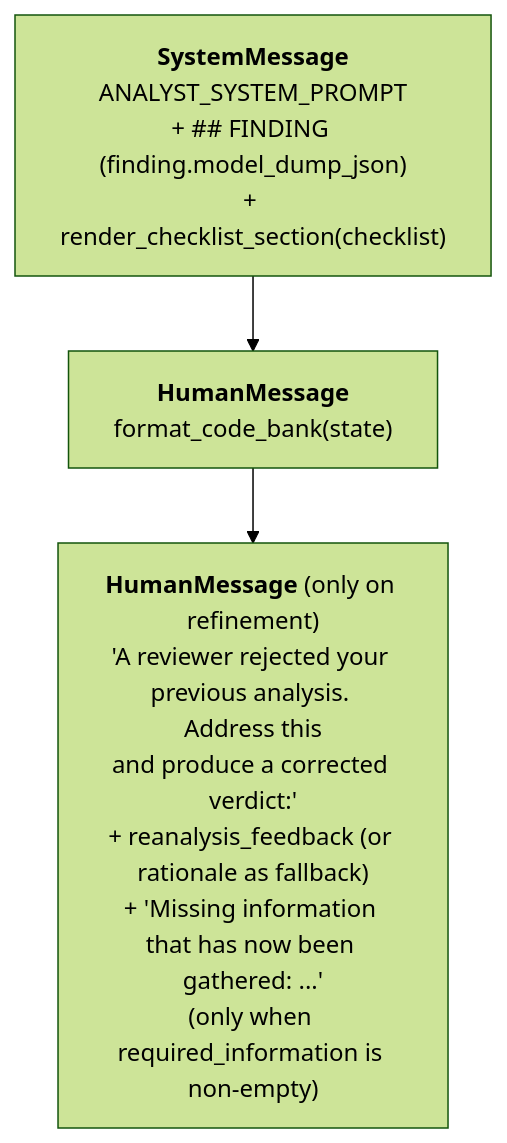
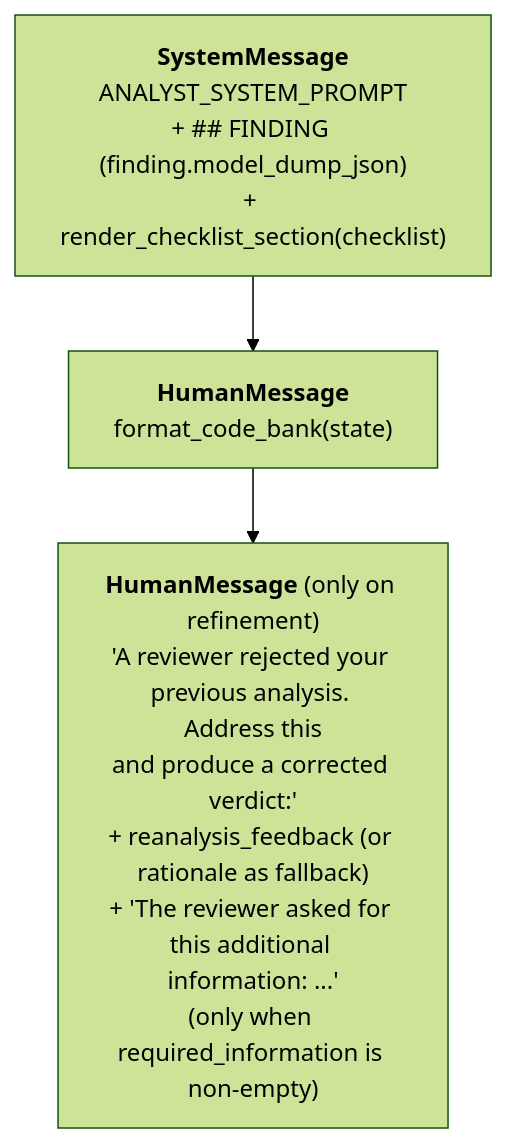
One commit to random-456/sast-triage-agent changed the third of 4 diagrams in docs/architecture.md. Above: the diagram before and after it, drawn with Mermaid (forest theme). The commit also changed other lines of this file and 3 other files, not shown here.

First line of the commit message:
docs(reasoning): sync architecture and config with the clamp and refinement message

````diff
--- a/docs/architecture.md
+++ b/docs/architecture.md
@@ -173,7 +173,7 @@
 ```mermaid
 flowchart TB
     sys["<b>SystemMessage</b><br/>ANALYST_SYSTEM_PROMPT<br/>+ ## FINDING (finding.model_dump_json)<br/>+ render_checklist_section(checklist)"]
     bank["<b>HumanMessage</b><br/>format_code_bank(state)"]
-    fb["<b>HumanMessage</b> (only on refinement)<br/>'A reviewer rejected your previous analysis. Address this<br/>and produce a corrected verdict:'<br/>+ reanalysis_feedback (or rationale as fallback)<br/>+ 'Missing information that has now been gathered: ...'<br/>(only when required_information is non-empty)"]
+    fb["<b>HumanMessage</b> (only on refinement)<br/>'A reviewer rejected your previous analysis. Address this<br/>and produce a corrected verdict:'<br/>+ reanalysis_feedback (or rationale as fallback)<br/>+ 'The reviewer asked for this additional information: ...'<br/>(only when required_information is non-empty)"]
     sys --> bank --> fb
 ```
````
